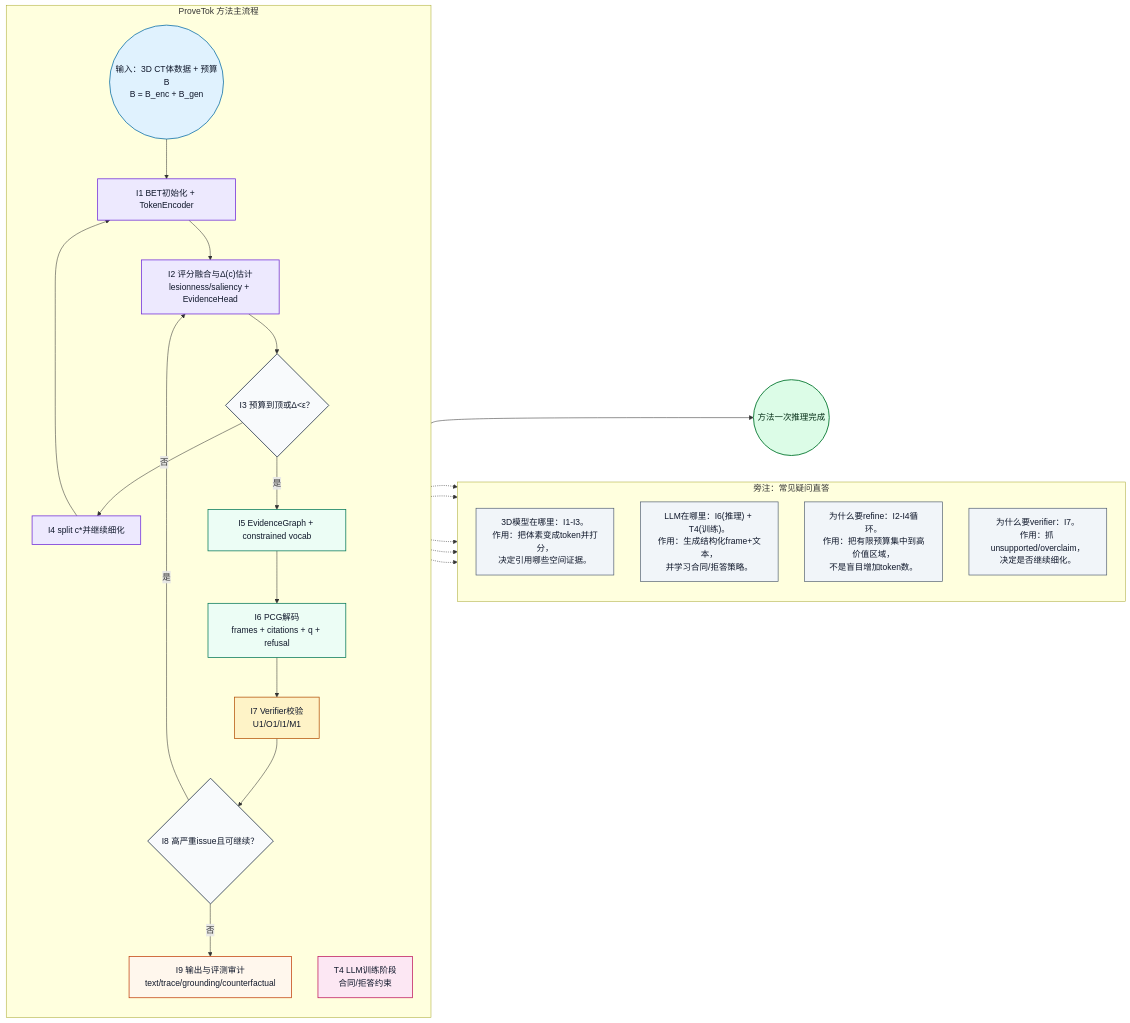
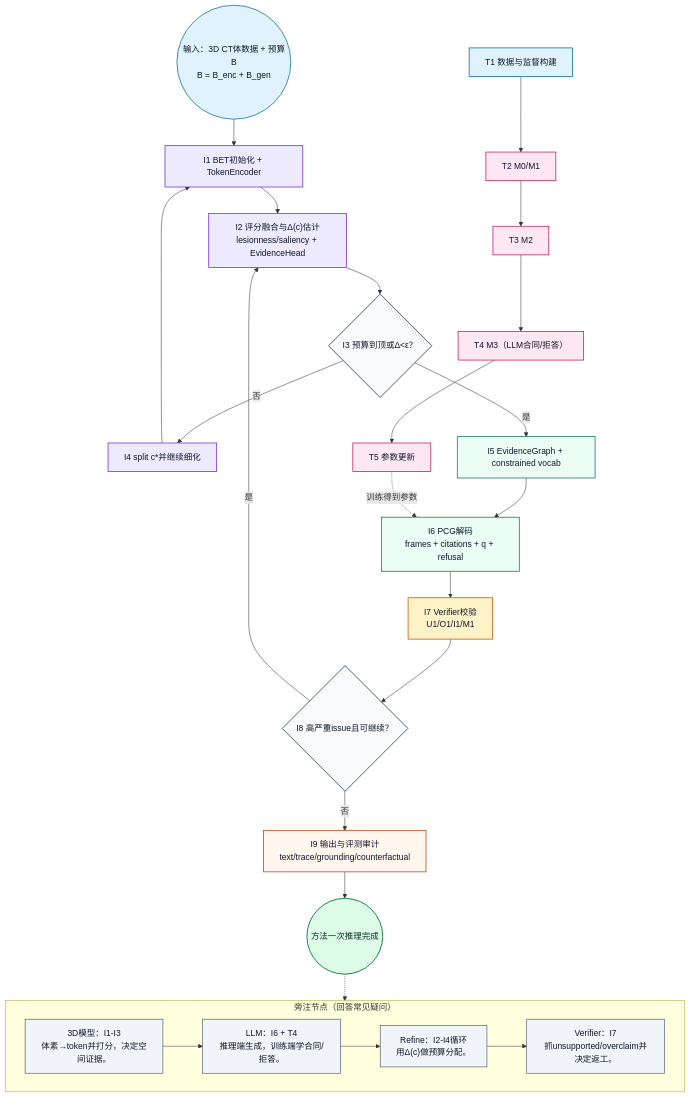
Before and after one commit to Ricardo-ChenTY/ProveTok: the diagram in README.md, drawn with Mermaid. The commit also changed other lines of this file and 2 other files, not shown here.

Commit message:
Restore explainer side-note nodes under method diagram

````diff
--- a/README.md
+++ b/README.md
@@ -24,48 +24,43 @@
 ```mermaid
-flowchart LR
+flowchart TB
 classDef data fill:#E0F2FE,stroke:#0369A1,stroke-width:1.4px,color:#0F172A;
 classDef bet fill:#EDE9FE,stroke:#6D28D9,stroke-width:1.4px,color:#0F172A;
 classDef gen fill:#ECFDF5,stroke:#047857,stroke-width:1.4px,color:#0F172A;
 classDef verify fill:#FEF3C7,stroke:#B45309,stroke-width:1.4px,color:#0F172A;
 classDef train fill:#FCE7F3,stroke:#BE185D,stroke-width:1.4px,color:#0F172A;
 classDef gate fill:#F8FAFC,stroke:#334155,stroke-width:1.6px,color:#0F172A;
 classDef artifact fill:#FFF7ED,stroke:#C2410C,stroke-width:1.4px,color:#0F172A;
 classDef note fill:#F1F5F9,stroke:#475569,stroke-width:1.2px,color:#0F172A;
 classDef terminal fill:#DCFCE7,stroke:#15803D,stroke-width:1.8px,color:#052E16;
 
-subgraph Main["ProveTok 方法主流程"]
-direction TB
 Start((输入：3D CT体数据 + 预算B<br/>B = B_enc + B_gen)):::data
 I1["I1 BET初始化 + TokenEncoder"]:::bet
 I2["I2 评分融合与Δ(c)估计<br/>lesionness/saliency + EvidenceHead"]:::bet
 G1{"I3 预算到顶或Δ<ε？"}:::gate
 I3["I4 split c*并继续细化"]:::bet
 I4["I5 EvidenceGraph + constrained vocab"]:::gen
 I5["I6 PCG解码<br/>frames + citations + q + refusal"]:::gen
 I6["I7 Verifier校验<br/>U1/O1/I1/M1"]:::verify
 G2{"I8 高严重issue且可继续？"}:::gate
 I7["I9 输出与评测审计<br/>text/trace/grounding/counterfactual"]:::artifact
-T4["T4 LLM训练阶段<br/>合同/拒答约束"]:::train
-end
 Done((方法一次推理完成)):::terminal
 
 Start --> I1 --> I2 --> G1
 G1 -- 否 --> I3 --> I1
 G1 -- 是 --> I4 --> I5 --> I6 --> G2
 G2 -- 是 --> I2
 G2 -- 否 --> I7 --> Done
+T1["T1 数据与监督构建"]:::data --> T2["T2 M0/M1"]:::train --> T3["T3 M2"]:::train --> T4["T4 M3（LLM合同/拒答）"]:::train --> T5["T5 参数更新"]:::train
+T5 -. 训练得到参数 .-> I5
 
-subgraph Notes["旁注：常见疑问直答"]
-direction TB
-N3D["3D模型在哪里：I1-I3。<br/>作用：把体素变成token并打分，<br/>决定引用哪些空间证据。"]:::note
-NLLM["LLM在哪里：I6(推理) + T4(训练)。<br/>作用：生成结构化frame+文本，<br/>并学习合同/拒答策略。"]:::note
-NRef["为什么要refine：I2-I4循环。<br/>作用：把有限预算集中到高价值区域，<br/>不是盲目增加token数。"]:::note
-NVer["为什么要verifier：I7。<br/>作用：抓 unsupported/overclaim，<br/>决定是否继续细化。"]:::note
+subgraph Notes["旁注节点（回答常见疑问）"]
+direction LR
+N3D["3D模型：I1-I3<br/>体素→token并打分，决定空间证据。"]:::note
+NLLM["LLM：I6 + T4<br/>推理端生成，训练端学合同/拒答。"]:::note
+NRef["Refine：I2-I4循环<br/>用Δ(c)做预算分配。"]:::note
+NVer["Verifier：I7<br/>抓unsupported/overclaim并决定返工。"]:::note
+N3D --> NLLM --> NRef --> NVer
 end
 
-I2 -.-> N3D
-I5 -.-> NLLM
-T4 -.-> NLLM
-I3 -.-> NRef
-I6 -.-> NVer
+Done -.-> N3D
 ```
````
